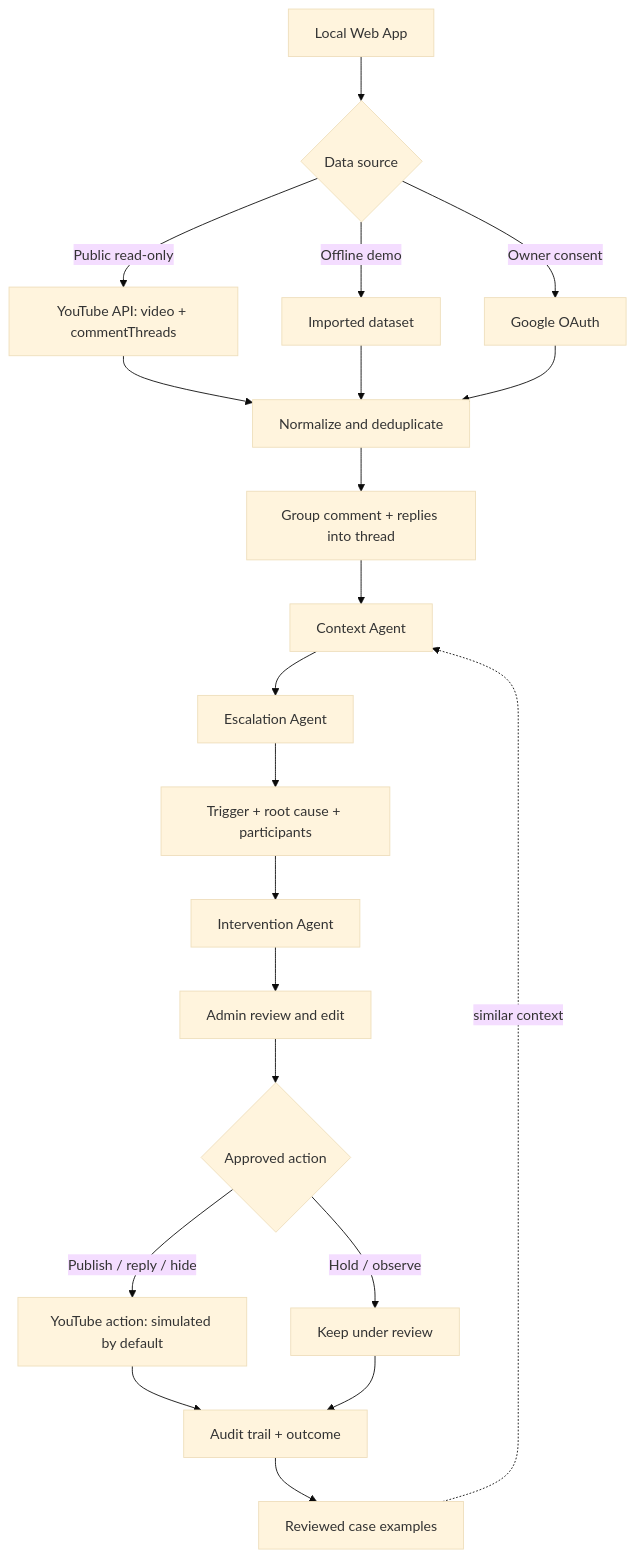
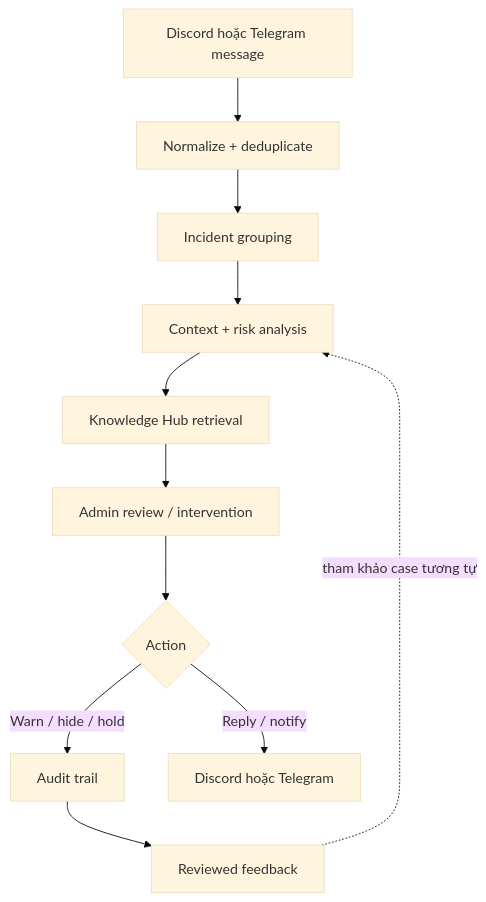
One commit to thanq204/ChatBot-THO changed the diagram in docs/community_pipeline.md. Above: the diagram before and after it, drawn with Mermaid (base theme). The commit also changed other lines of this file and 25 other files, not shown here.

````diff
--- a/docs/community_pipeline.md
+++ b/docs/community_pipeline.md
@@ -3,23 +3,13 @@
 ```mermaid
 flowchart TD
-    A[Local Web App] --> B{Data source}
-    B -->|Public read-only| C[YouTube API: video + commentThreads]
-    B -->|Offline demo| D[Imported dataset]
-    B -->|Owner consent| E[Google OAuth]
-    C --> F[Normalize and deduplicate]
-    D --> F
-    E --> F
-    F --> G[Group comment + replies into thread]
-    G --> H[Context Agent]
-    H --> I[Escalation Agent]
-    I --> J[Trigger + root cause + participants]
-    J --> K[Intervention Agent]
-    K --> L[Admin review and edit]
-    L --> M{Approved action}
-    M -->|Publish / reply / hide| N[YouTube action: simulated by default]
-    M -->|Hold / observe| O[Keep under review]
-    N --> P[Audit trail + outcome]
-    O --> P
-    P --> Q[Reviewed case examples]
-    Q -. similar context .-> H
+    A[Discord hoặc Telegram message] --> B[Normalize + deduplicate]
+    B --> C[Incident grouping]
+    C --> D[Context + risk analysis]
+    D --> E[Knowledge Hub retrieval]
+    E --> F[Admin review / intervention]
+    F --> G{Action}
+    G -->|Warn / hide / hold| H[Audit trail]
+    G -->|Reply / notify| I[Discord hoặc Telegram]
+    H --> J[Reviewed feedback]
+    J -. tham khảo case tương tự .-> D
 ```
````
